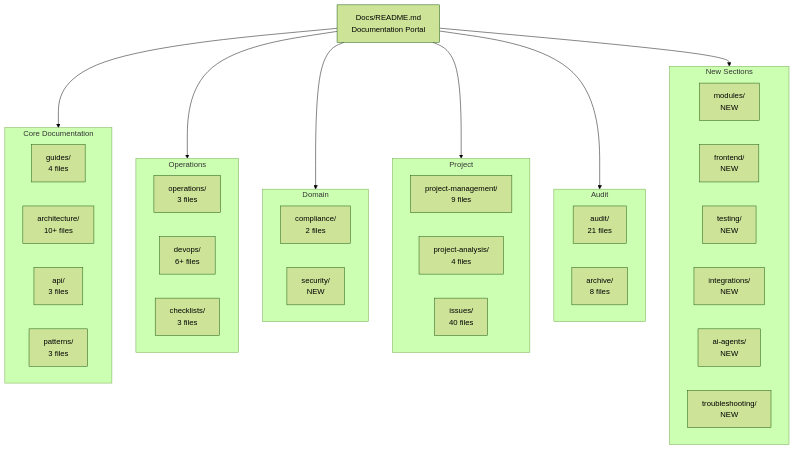
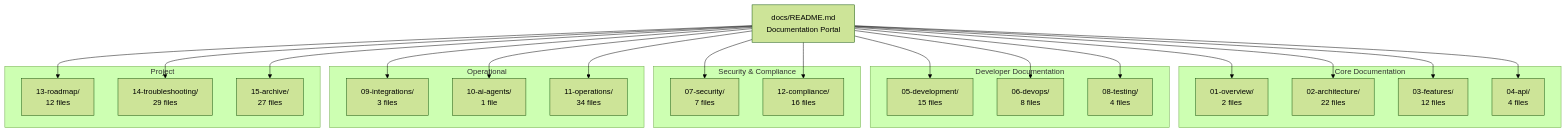
One commit to Staffora-HRIS/HRISystem changed the diagram in Docs/DOC_MAP.md. Above: the diagram before and after it, drawn with Mermaid (forest theme). The commit also changed other lines of this file and 235 other files, not shown here.

````diff
--- a/Docs/DOC_MAP.md
+++ b/Docs/DOC_MAP.md
@@ -11,49 +11,50 @@
 ```mermaid
 graph TD
-    Portal["Docs/README.md<br/>Documentation Portal"]
+    Portal["docs/README.md<br/>Documentation Portal"]
 
-    Portal --> Core["Core Documentation"]
-    Portal --> Ops["Operations & DevOps"]
-    Portal --> Domain["Domain & Compliance"]
-    Portal --> PM["Project Management"]
-    Portal --> Audit["Audit & Reports"]
-    Portal --> New["New Sections"]
+    Portal --> Overview["01-overview/<br/>2 files"]
+    Portal --> Arch["02-architecture/<br/>22 files"]
+    Portal --> Features["03-features/<br/>12 files"]
+    Portal --> API["04-api/<br/>4 files"]
+    Portal --> Dev["05-development/<br/>15 files"]
+    Portal --> DevOps["06-devops/<br/>8 files"]
+    Portal --> Security["07-security/<br/>7 files"]
+    Portal --> Testing["08-testing/<br/>4 files"]
+    Portal --> Integrations["09-integrations/<br/>3 files"]
+    Portal --> AI["10-ai-agents/<br/>1 file"]
+    Portal --> Ops["11-operations/<br/>34 files"]
+    Portal --> Compliance["12-compliance/<br/>16 files"]
+    Portal --> Roadmap["13-roadmap/<br/>12 files"]
+    Portal --> Troubleshoot["14-troubleshooting/<br/>29 files"]
+    Portal --> Archive["15-archive/<br/>27 files"]
 
     subgraph Core["Core Documentation"]
-        Guides["guides/<br/>4 files"]
-        Arch["architecture/<br/>10+ files"]
-        API["api/<br/>3 files"]
-        Patterns["patterns/<br/>3 files"]
+        Overview
+        Arch
+        Features
+        API
     end
 
-    subgraph Ops["Operations"]
-        Operations["operations/<br/>3 files"]
-        DevOps["devops/<br/>6+ files"]
-        Checklists["checklists/<br/>3 files"]
+    subgraph DeveloperDocs["Developer Documentation"]
+        Dev
+        DevOps
+        Testing
     end
 
-    subgraph Domain["Domain"]
-        Compliance["compliance/<br/>2 files"]
-        Security["security/<br/>NEW"]
+    subgraph SecurityCompliance["Security & Compliance"]
+        Security
+        Compliance
     end
 
-    subgraph PM["Project"]
-        ProjMgmt["project-management/<br/>9 files"]
-        ProjAnalysis["project-analysis/<br/>4 files"]
-        Issues["issues/<br/>40 files"]
+    subgraph OperationalDocs["Operational"]
+        Ops
+        Integrations
+        AI
     end
 
-    subgraph Audit["Audit"]
-        AuditDir["audit/<br/>21 files"]
-        Archive["archive/<br/>8 files"]
-    end
-
-    subgraph New["New Sections"]
-        Modules["modules/<br/>NEW"]
-        Frontend["frontend/<br/>NEW"]
-        Testing["testing/<br/>NEW"]
-        Integrations["integrations/<br/>NEW"]
-        AIAgents["ai-agents/<br/>NEW"]
-        Troubleshooting["troubleshooting/<br/>NEW"]
+    subgraph ProjectDocs["Project"]
+        Roadmap
+        Troubleshoot
+        Archive
     end
 ```
````
